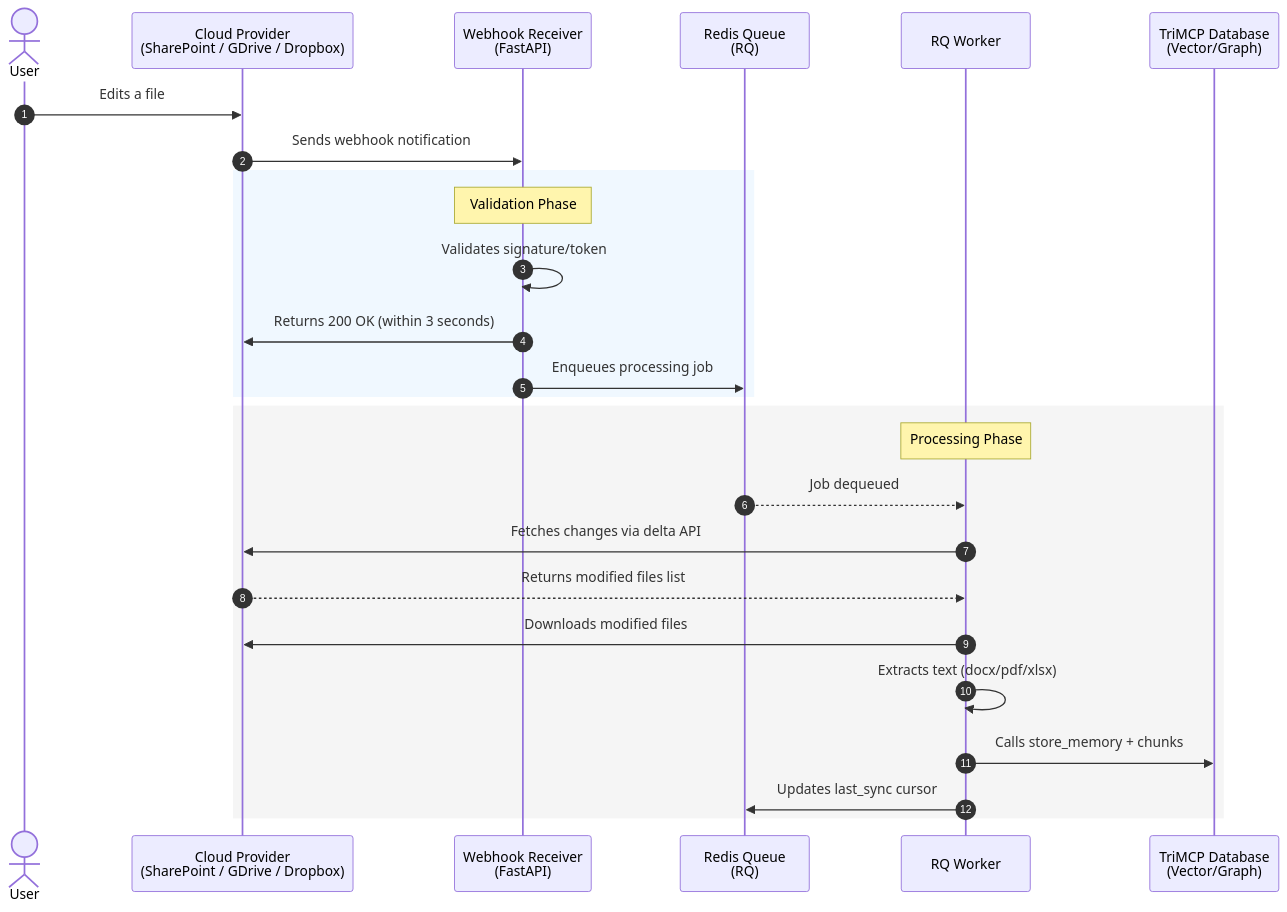
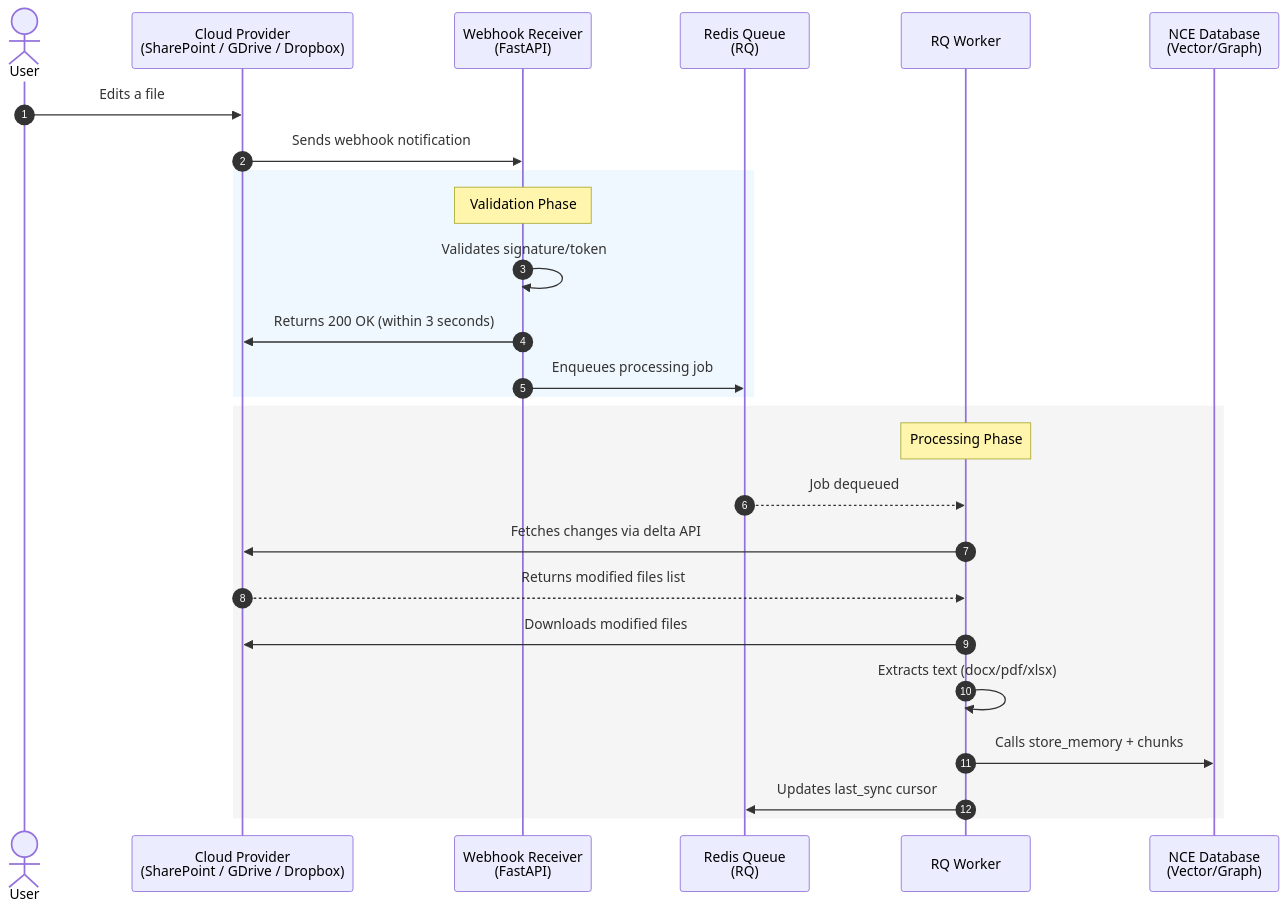
The diagram in docs/push_architecture.md (sindrehaugen/TriMCP), drawn with Mermaid before and after one commit. The commit also changed other lines of this file and 498 other files, not shown here.

First line of the commit message:
Rebrand TriMCP → NCE (Neuro-Cognitive Engine) Phase 1

````diff
--- a/docs/push_architecture.md
+++ b/docs/push_architecture.md
@@ -7,31 +7,31 @@
 ```mermaid
 sequenceDiagram
     autonumber
     actor User
     participant Provider as Cloud Provider<br/>(SharePoint / GDrive / Dropbox)
     participant Webhook as Webhook Receiver<br/>(FastAPI)
     participant Redis as Redis Queue<br/>(RQ)
     participant Worker as RQ Worker
-    participant DB as TriMCP Database<br/>(Vector/Graph)
+    participant DB as NCE Database<br/>(Vector/Graph)
 
     User->>Provider: Edits a file
     Provider->>Webhook: Sends webhook notification
     
     rect rgb(240, 248, 255)
         Note over Webhook: Validation Phase
         Webhook->>Webhook: Validates signature/token
         Webhook->>Provider: Returns 200 OK (within 3 seconds)
         Webhook->>Redis: Enqueues processing job
     end
     
     rect rgb(245, 245, 245)
         Note over Worker: Processing Phase
         Redis-->>Worker: Job dequeued
         Worker->>Provider: Fetches changes via delta API
         Provider-->>Worker: Returns modified files list
         Worker->>Provider: Downloads modified files
         Worker->>Worker: Extracts text (docx/pdf/xlsx)
         Worker->>DB: Calls store_memory + chunks
         Worker->>Redis: Updates last_sync cursor
     end
 ```
````
